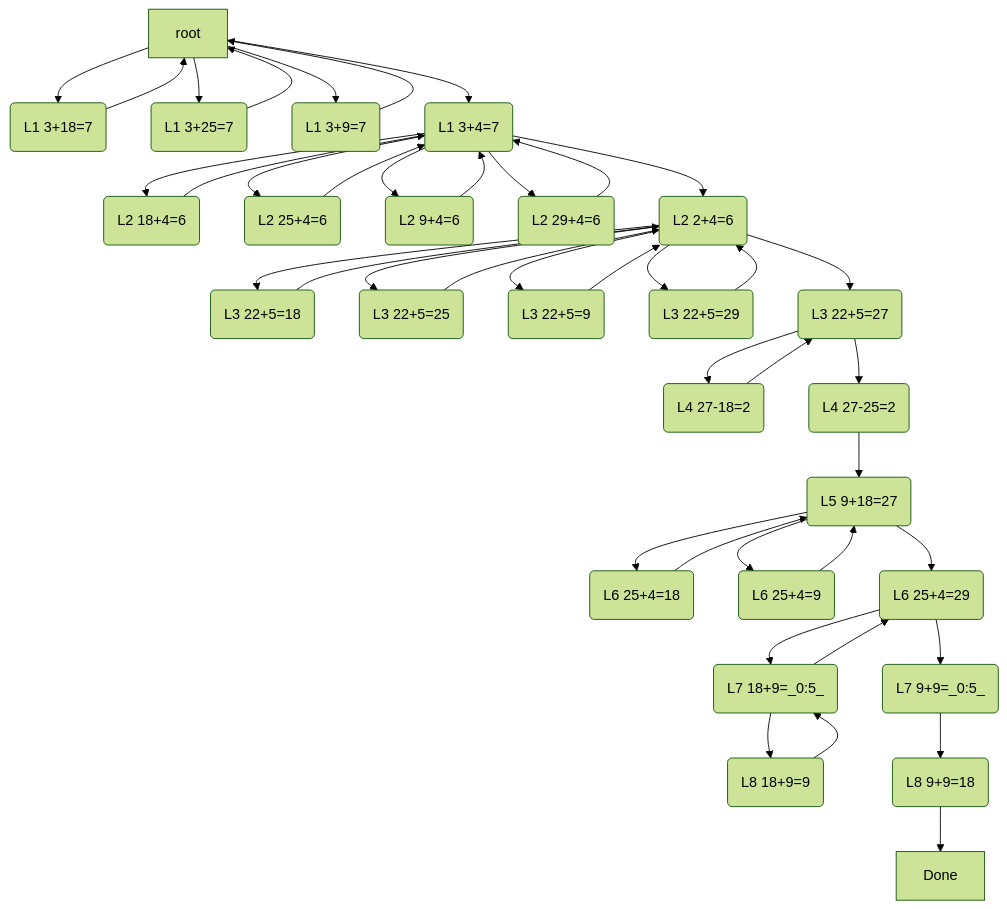
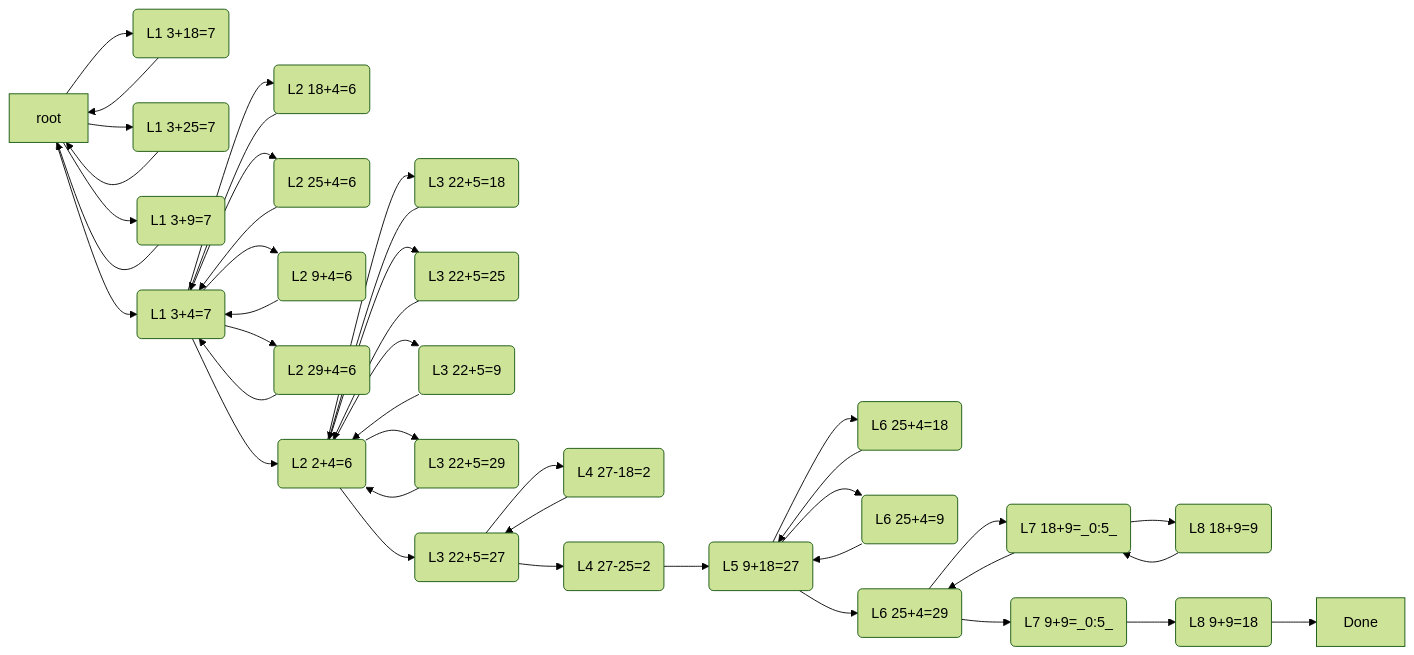
The third of 6 diagrams in README.md (buildcomplete/YT-autoplay-cross-math), drawn with Mermaid (forest theme) before and after one commit. The commit also changed other lines of this file and 8 other files, not shown here.

Commit message:
Corrected node visisted count Consolidated two figures into one Added detailed processing steps diagram

````diff
--- a/README.md
+++ b/README.md
@@ -158,43 +182,43 @@
 ```mermaid
-flowchart TD
+flowchart LR
 root-->L1_3p18e7("L1 3+18=7")
 L1_3p18e7("L1 3+18=7")-->root
 root-->L1_3p25e7("L1 3+25=7")
 L1_3p25e7("L1 3+25=7")-->root
 root-->L1_3p9e7("L1 3+9=7")
 L1_3p9e7("L1 3+9=7")-->root
 root-->L1_3p4e7("L1 3+4=7")
 L1_3p4e7("L1 3+4=7")-->L2_18p4e6("L2 18+4=6")
 L2_18p4e6("L2 18+4=6")-->L1_3p4e7("L1 3+4=7")
 L1_3p4e7("L1 3+4=7")-->L2_25p4e6("L2 25+4=6")
 L2_25p4e6("L2 25+4=6")-->L1_3p4e7("L1 3+4=7")
 L1_3p4e7("L1 3+4=7")-->L2_9p4e6("L2 9+4=6")
 L2_9p4e6("L2 9+4=6")-->L1_3p4e7("L1 3+4=7")
 L1_3p4e7("L1 3+4=7")-->L2_29p4e6("L2 29+4=6")
 L2_29p4e6("L2 29+4=6")-->L1_3p4e7("L1 3+4=7")
 L1_3p4e7("L1 3+4=7")-->L2_2p4e6("L2 2+4=6")
 L2_2p4e6("L2 2+4=6")-->L3_22p5e18("L3 22+5=18")
 L3_22p5e18("L3 22+5=18")-->L2_2p4e6("L2 2+4=6")
 L2_2p4e6("L2 2+4=6")-->L3_22p5e25("L3 22+5=25")
 L3_22p5e25("L3 22+5=25")-->L2_2p4e6("L2 2+4=6")
 L2_2p4e6("L2 2+4=6")-->L3_22p5e9("L3 22+5=9")
 L3_22p5e9("L3 22+5=9")-->L2_2p4e6("L2 2+4=6")
 L2_2p4e6("L2 2+4=6")-->L3_22p5e29("L3 22+5=29")
 L3_22p5e29("L3 22+5=29")-->L2_2p4e6("L2 2+4=6")
 L2_2p4e6("L2 2+4=6")-->L3_22p5e27("L3 22+5=27")
 L3_22p5e27("L3 22+5=27")-->L4_27m18e2("L4 27-18=2")
 L4_27m18e2("L4 27-18=2")-->L3_22p5e27("L3 22+5=27")
 L3_22p5e27("L3 22+5=27")-->L4_27m25e2("L4 27-25=2")
 L4_27m25e2("L4 27-25=2")-->L5_9p18e27("L5 9+18=27")
 L5_9p18e27("L5 9+18=27")-->L6_25p4e18("L6 25+4=18")
 L6_25p4e18("L6 25+4=18")-->L5_9p18e27("L5 9+18=27")
 L5_9p18e27("L5 9+18=27")-->L6_25p4e9("L6 25+4=9")
 L6_25p4e9("L6 25+4=9")-->L5_9p18e27("L5 9+18=27")
 L5_9p18e27("L5 9+18=27")-->L6_25p4e29("L6 25+4=29")
 L6_25p4e29("L6 25+4=29")-->L7_18p9e_0:5_("L7 18+9=_0:5_")
 L7_18p9e_0:5_("L7 18+9=_0:5_")-->L8_18p9e9("L8 18+9=9")
 L8_18p9e9("L8 18+9=9")-->L7_18p9e_0:5_("L7 18+9=_0:5_")
 L7_18p9e_0:5_("L7 18+9=_0:5_")-->L6_25p4e29("L6 25+4=29")
 L6_25p4e29("L6 25+4=29")-->L7_9p9e_0:5_("L7 9+9=_0:5_")
 L7_9p9e_0:5_("L7 9+9=_0:5_")-->L8_9p9e18("L8 9+9=18")-->Done
 ```
````
